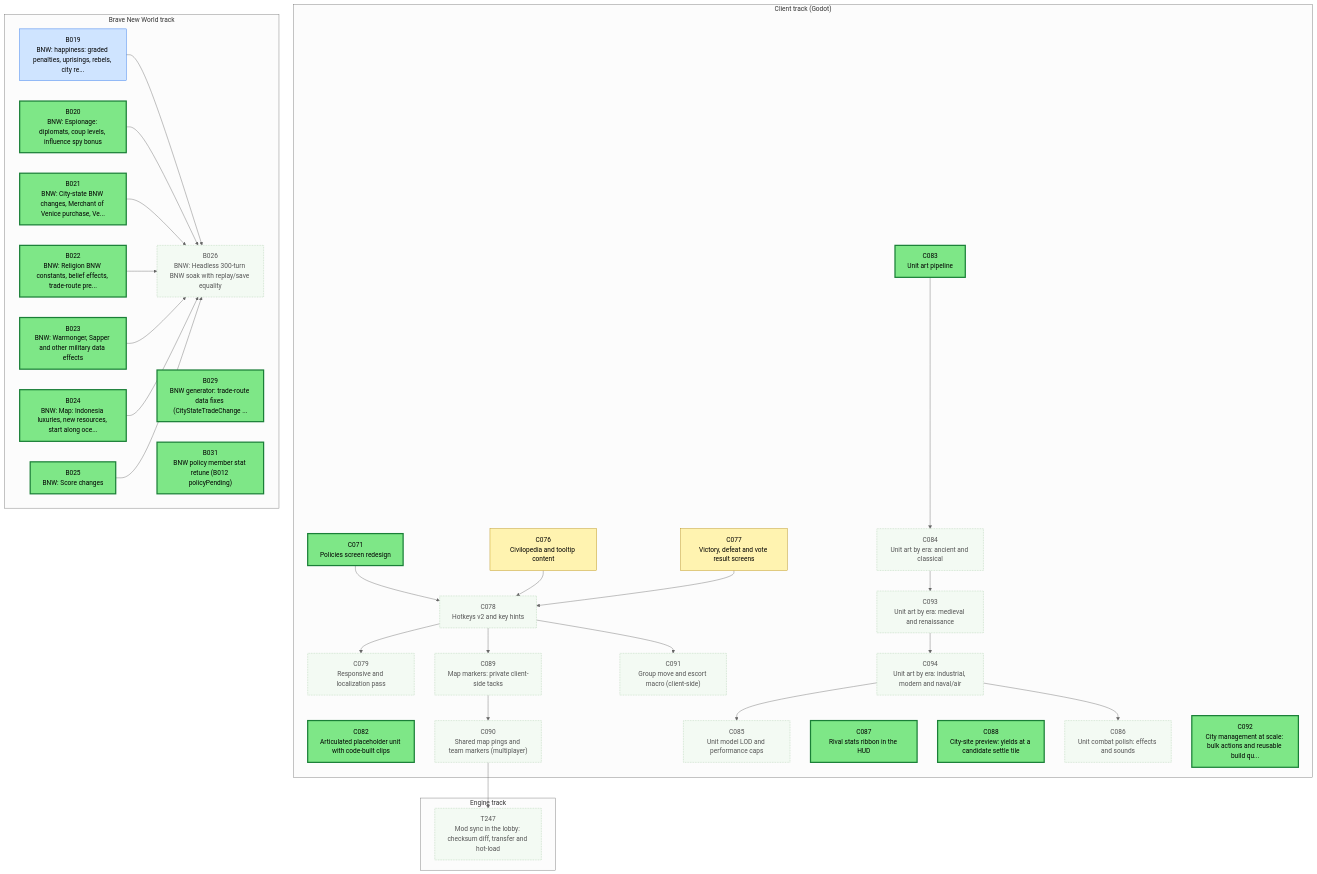
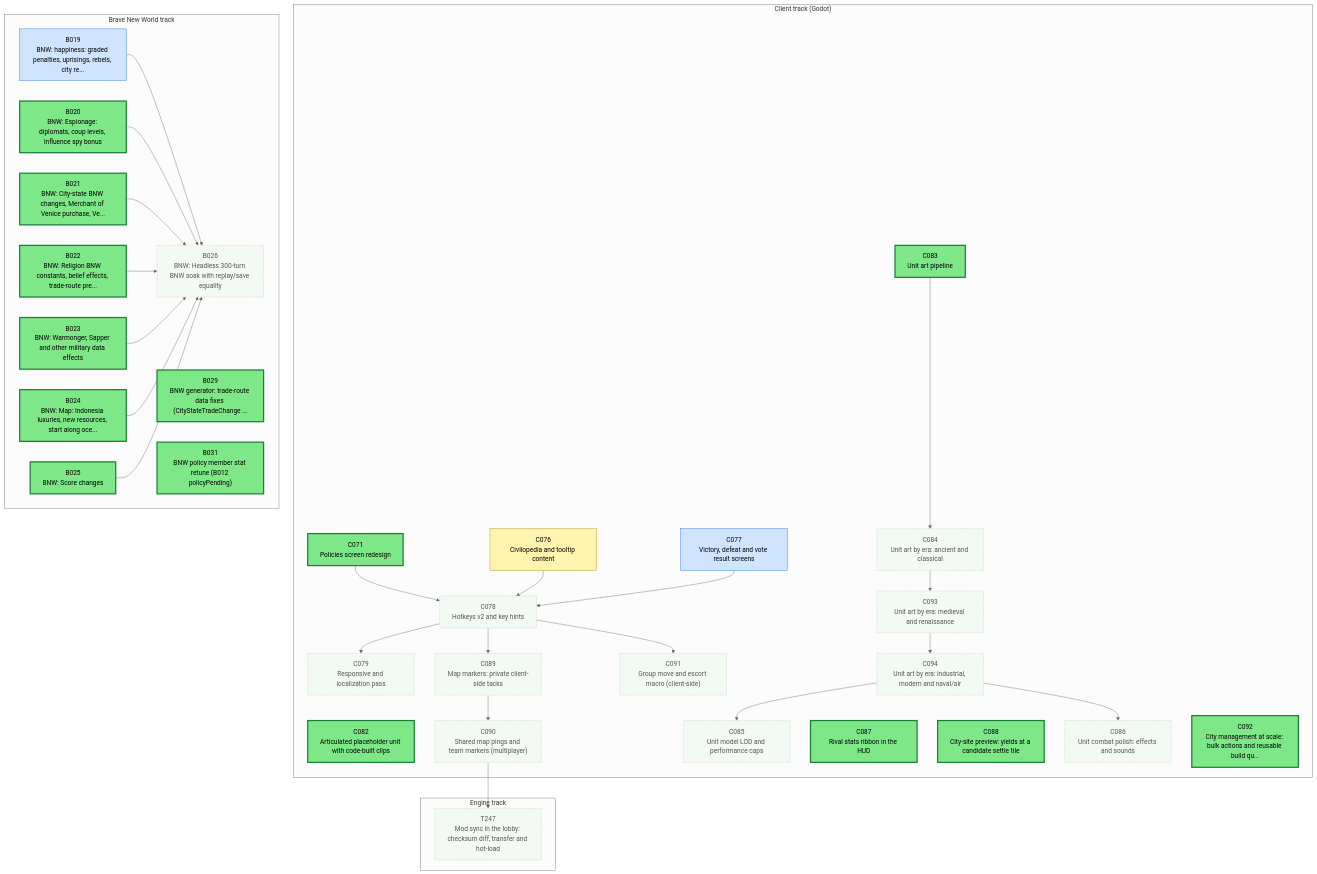
One commit to Kenmura/Unciv changed the first of 3 diagrams in csharp/migration/DEPENDENCY_MAP.md. Above: the diagram before and after it, drawn with Mermaid (neutral theme). The commit also changed other lines of this file and 1 other file, not shown here.

Commit message:
migration: C077 -> Needs-Review [Claude]

```diff
--- a/csharp/migration/DEPENDENCY_MAP.md
+++ b/csharp/migration/DEPENDENCY_MAP.md
@@ -98,7 +98,7 @@
   class B031 ready
   class C071 ready
   class C076 prog
-  class C077 prog
+  class C077 review
   class C078 waiting
   class C079 waiting
   class C082 ready
```
